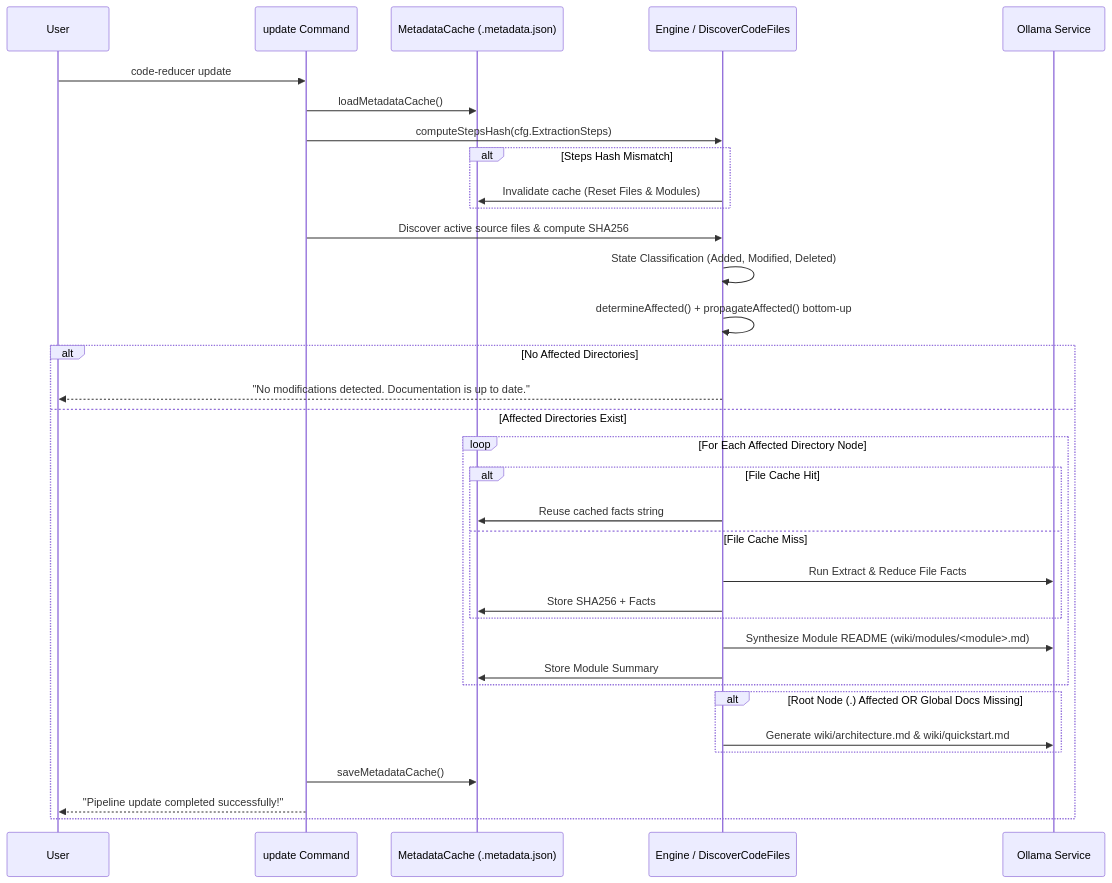
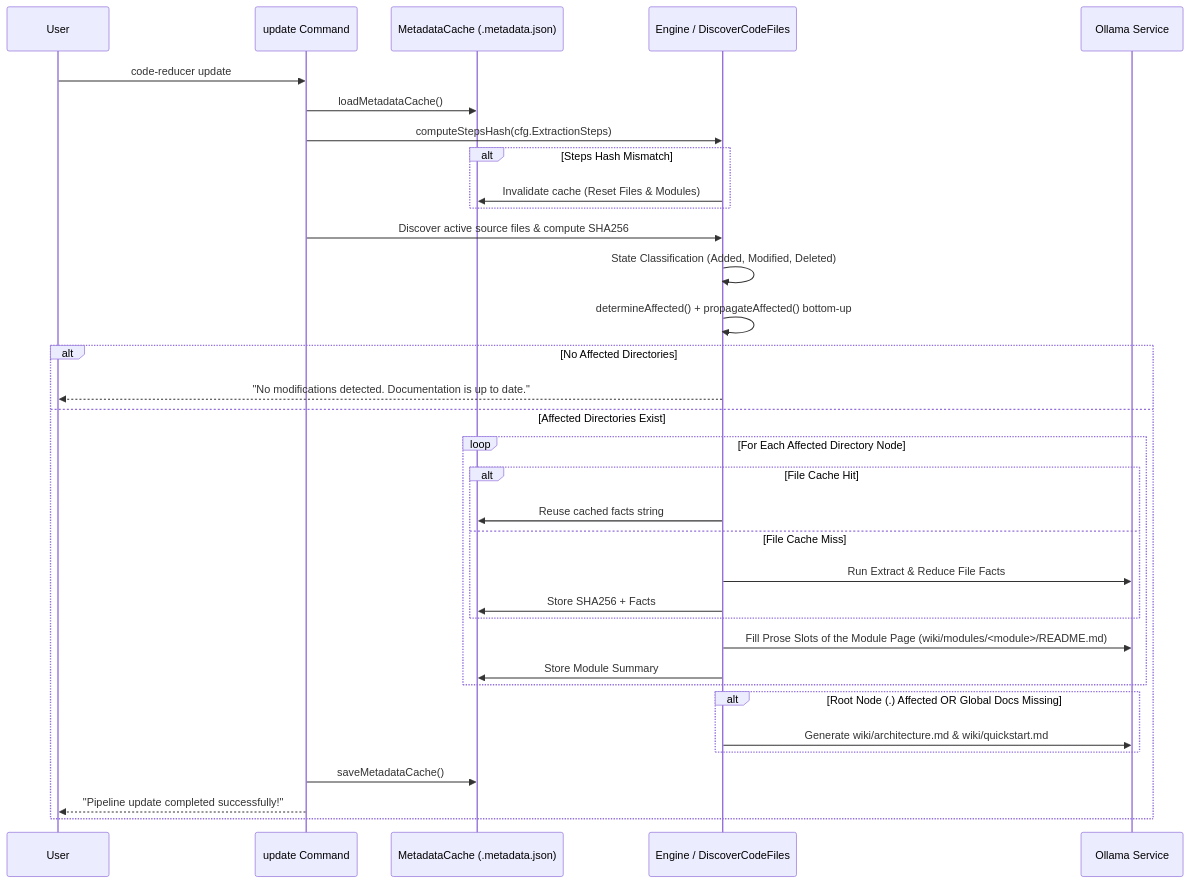
The diagram in docs/map-reduce-caching.md (arrase/code-reducer), drawn with Mermaid before and after one commit. The commit also changed other lines of this file and 32 other files, not shown here.

````diff
--- a/docs/map-reduce-caching.md
+++ b/docs/map-reduce-caching.md
@@ -13,37 +13,37 @@
 ```mermaid
 sequenceDiagram
     participant User
     participant CLI as update Command
     participant Cache as MetadataCache (.metadata.json)
     participant Engine as Engine / DiscoverCodeFiles
     participant LLM as Ollama Service
 
     User->>CLI: code-reducer update
     CLI->>Cache: loadMetadataCache()
     CLI->>Engine: computeStepsHash(cfg.ExtractionSteps)
     alt Steps Hash Mismatch
         Engine->>Cache: Invalidate cache (Reset Files & Modules)
     end
     CLI->>Engine: Discover active source files & compute SHA256
     Engine->>Engine: State Classification (Added, Modified, Deleted)
     Engine->>Engine: determineAffected() + propagateAffected() bottom-up
     alt No Affected Directories
         Engine-->>User: "No modifications detected. Documentation is up to date."
     else Affected Directories Exist
         loop For Each Affected Directory Node
             alt File Cache Hit
                 Engine->>Cache: Reuse cached facts string
             else File Cache Miss
                 Engine->>LLM: Run Extract & Reduce File Facts
                 Engine->>Cache: Store SHA256 + Facts
             end
-            Engine->>LLM: Synthesize Module README (wiki/modules/<module>.md)
+            Engine->>LLM: Fill Prose Slots of the Module Page (wiki/modules/<module>/README.md)
             Engine->>Cache: Store Module Summary
         end
         alt Root Node (.) Affected OR Global Docs Missing
             Engine->>LLM: Generate wiki/architecture.md & wiki/quickstart.md
         end
         CLI->>Cache: saveMetadataCache()
         CLI-->>User: "Pipeline update completed successfully!"
     end
 ```
````
